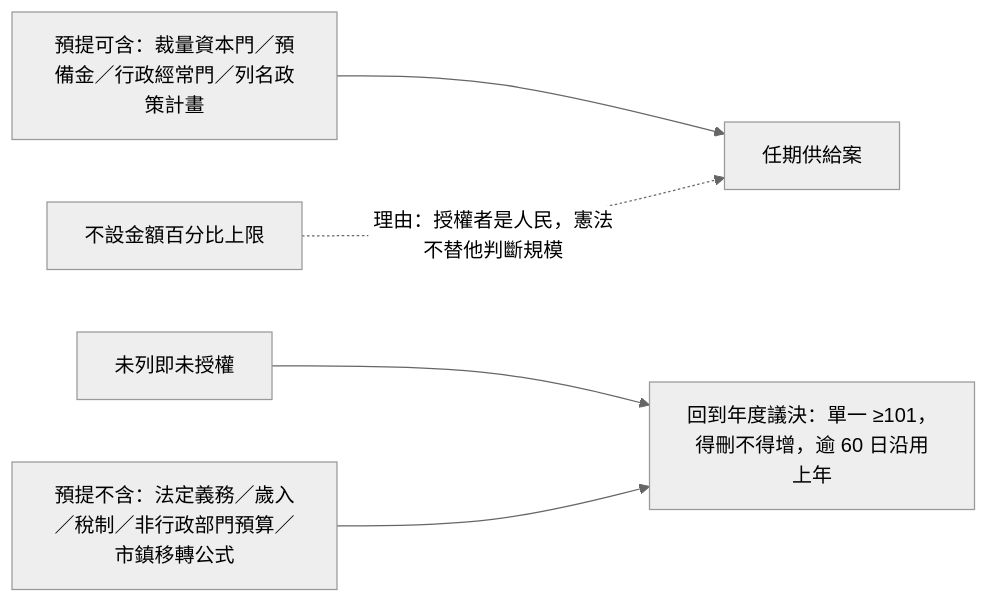
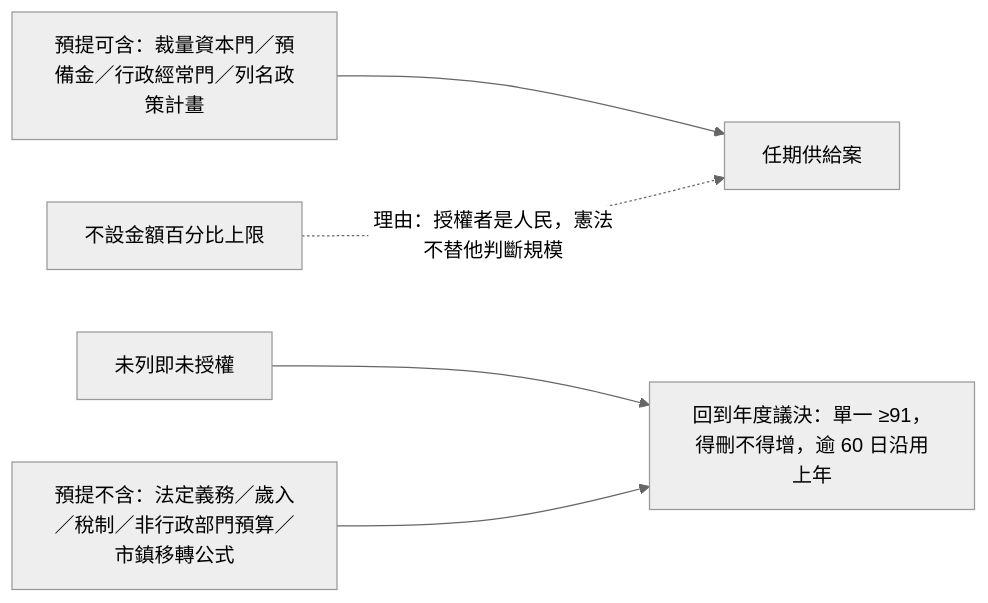
One commit to IRonROOT578/Political-Economy-Research-Public changed the fourth of 11 diagrams in topics/regime-designs/designs/俄羅斯/一院總統制/憲政架構圖.md. Above: the diagram before and after it, drawn with Mermaid (neutral theme). The commit also changed other lines of this file and 62 other files, not shown here.

````diff
--- a/topics/regime-designs/designs/俄羅斯/一院總統制/憲政架構圖.md
+++ b/topics/regime-designs/designs/俄羅斯/一院總統制/憲政架構圖.md
@@ -55,9 +55,9 @@
 ```mermaid
 flowchart LR
   In[預提可含：裁量資本門／預備金／行政經常門／列名政策計畫]
   Out[預提不含：法定義務／歲入／稅制／非行政部門預算／市鎮移轉公式]
-  D1[未列即未授權] --> Rest[回到年度議決：單一 ≥101，得刪不得增，逾 60 日沿用上年]
+  D1[未列即未授權] --> Rest[回到年度議決：單一 ≥91，得刪不得增，逾 60 日沿用上年]
   In --> Bundle[任期供給案]
   Out --> Rest
   NoCap[不設金額百分比上限] -.->|理由：授權者是人民，憲法不替他判斷規模| Bundle
 ```
````
